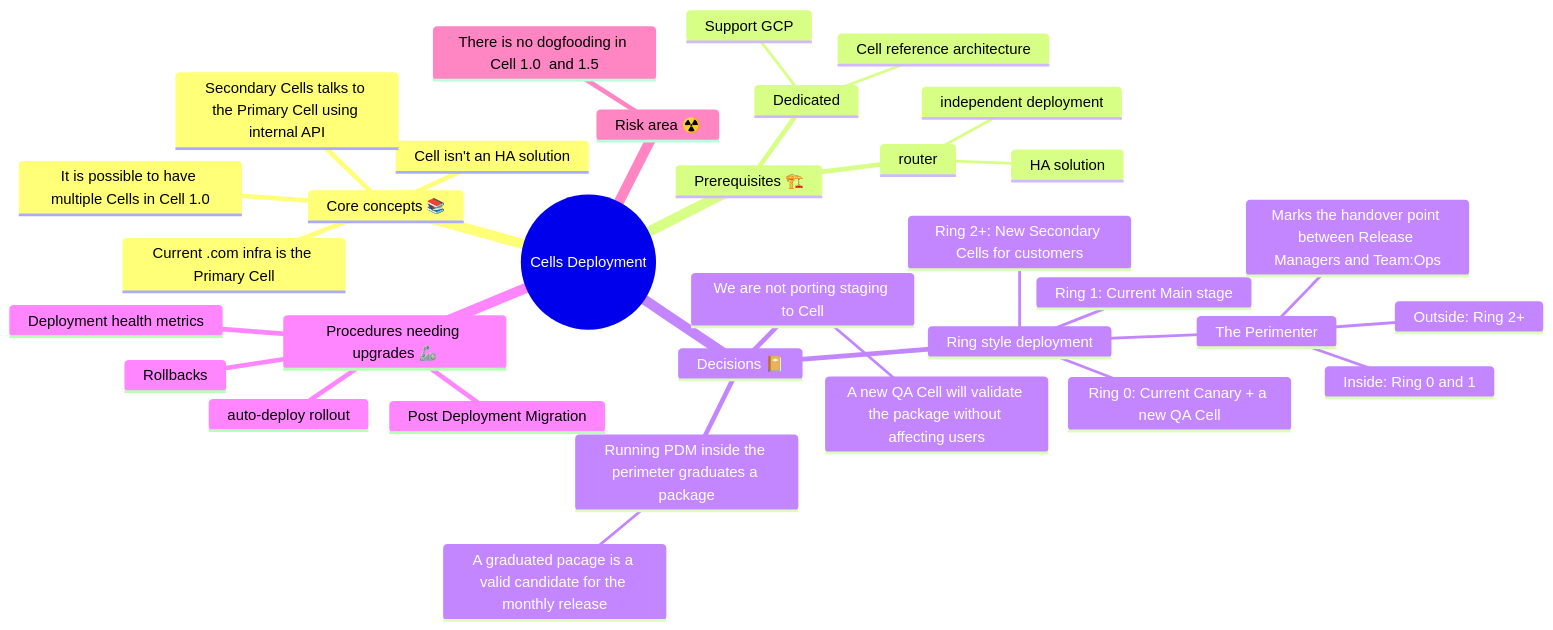
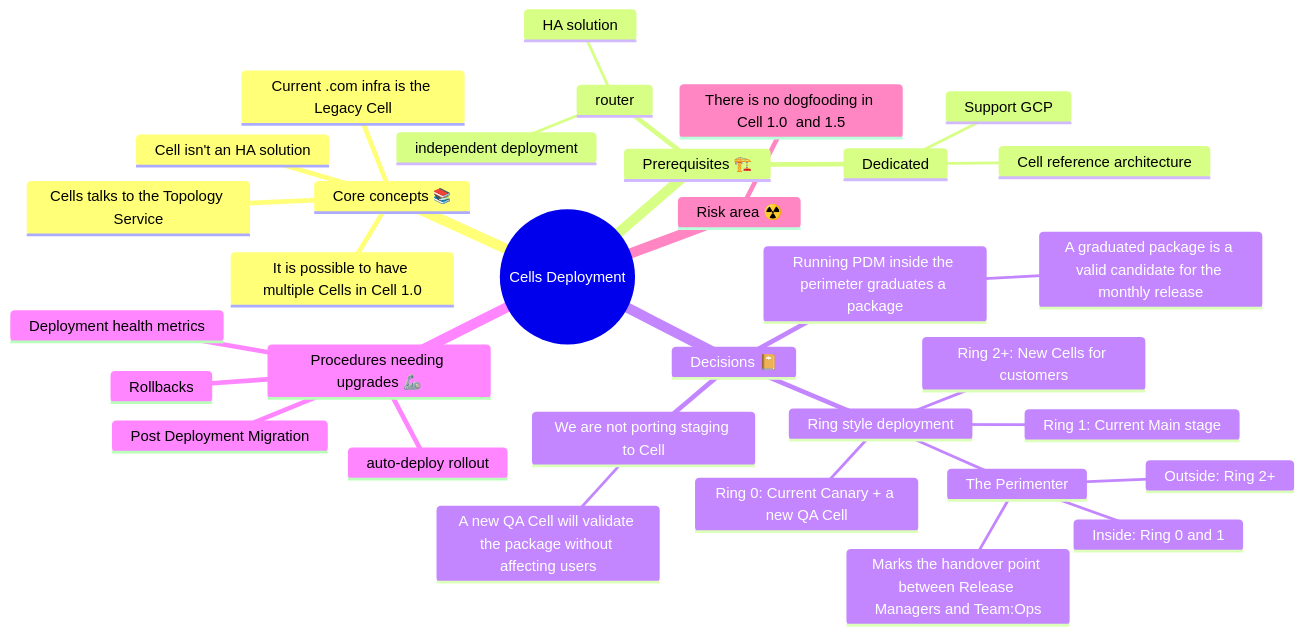
One commit to secretstartups/handbook changed the sixth of 8 diagrams in content/handbook/engineering/architecture/design-documents/cells/infrastructure/deployments.md. Above: the diagram before and after it, drawn with Mermaid. The commit also changed other lines of this file and 8 other files, not shown here.

Commit message:
Rename Primary Cells and Secondary Cells

````diff
--- a/content/handbook/engineering/architecture/design-documents/cells/infrastructure/deployments.md
+++ b/content/handbook/engineering/architecture/design-documents/cells/infrastructure/deployments.md
@@ -351,41 +355,41 @@
 ```mermaid
 %%{init: {'theme':'default'}}%%
 mindmap
   root((Cells Deployment))
     Core concepts 📚
-      Current .com infra is the Primary Cell
+      Current .com infra is the Legacy Cell
       It is possible to have multiple Cells in Cell 1.0
       Cell isn't an HA solution
-      Secondary Cells talks to the Primary Cell using internal API
+      Cells talks to the Topology Service
 
     Prerequisites 🏗️
         router
             HA solution
             independent deployment
         Dedicated
             Support GCP
             Cell reference architecture
 
     Decisions 📔
         Ring style deployment
             Ring 0: Current Canary + a new QA Cell
             Ring 1: Current Main stage
-            Ring 2+: New Secondary Cells for customers
+            Ring 2+: New Cells for customers
             The Perimenter
                 Marks the handover point between Release Managers and Team:Ops
                 Inside: Ring 0 and 1
                 Outside: Ring 2+
         Running PDM inside the perimeter graduates a package
-            A graduated pacage is a valid candidate for the monthly release
+            A graduated package is a valid candidate for the monthly release
         We are not porting staging to Cell
             A new QA Cell will validate the package without affecting users
 
     Procedures needing upgrades 🦾
         Rollbacks
         auto-deploy rollout
         Post Deployment Migration
         Deployment health metrics
 
     Risk area ☢️
         There is no dogfooding in Cell 1.0  and 1.5
 ```
````
